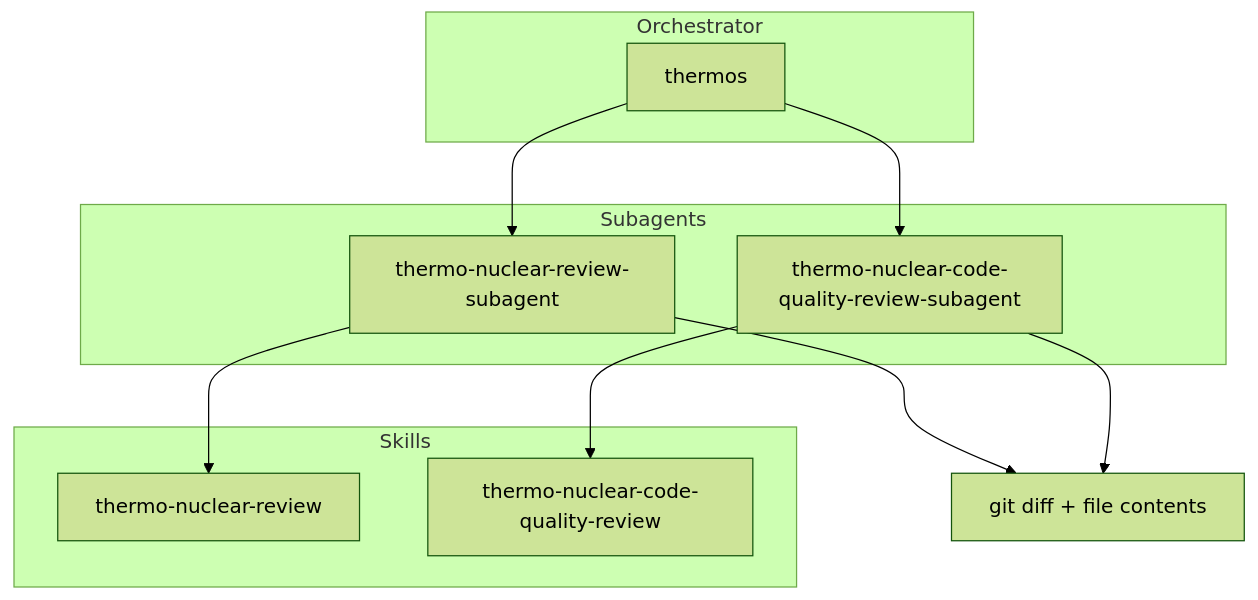
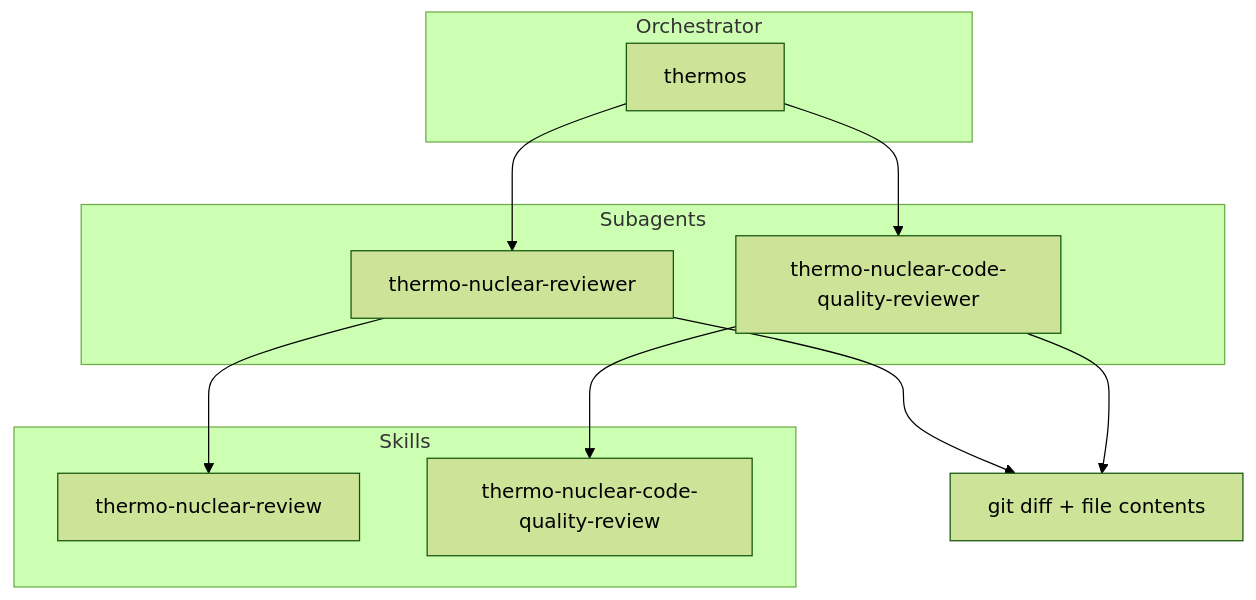
Before and after one commit to LayZeeDK/thermos-claude-plugin: the diagram in plugins/thermos/README.md, drawn with Mermaid (forest theme). The commit also changed other lines of this file and 5 other files, not shown here.

````diff
--- a/plugins/thermos/README.md
+++ b/plugins/thermos/README.md
@@ -16,25 +16,25 @@
 ```mermaid
 flowchart TB
   subgraph L2["Orchestrator"]
     TH[thermos]
   end
 
   subgraph L1["Subagents"]
-    SNR[thermo-nuclear-review-subagent]
-    SNCQ[thermo-nuclear-code-quality-review-subagent]
+    SNR[thermo-nuclear-reviewer]
+    SNCQ[thermo-nuclear-code-quality-reviewer]
   end
 
   DIFF[git diff + file contents]
 
   subgraph L0["Skills"]
     TNR[thermo-nuclear-review]
     TNCQ[thermo-nuclear-code-quality-review]
   end
 
   TH --> SNR
   TH --> SNCQ
   SNR --> TNR
   SNR --> DIFF
   SNCQ --> TNCQ
   SNCQ --> DIFF
 ```
````
